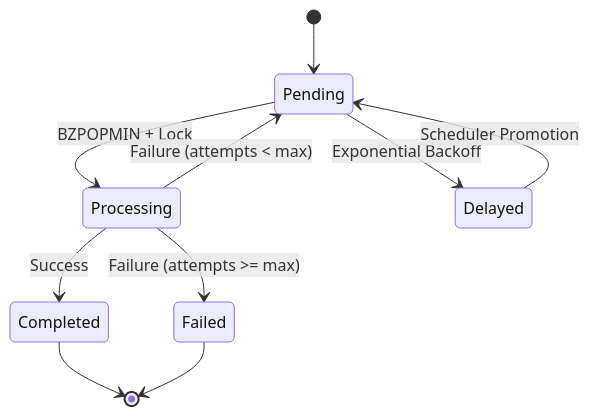
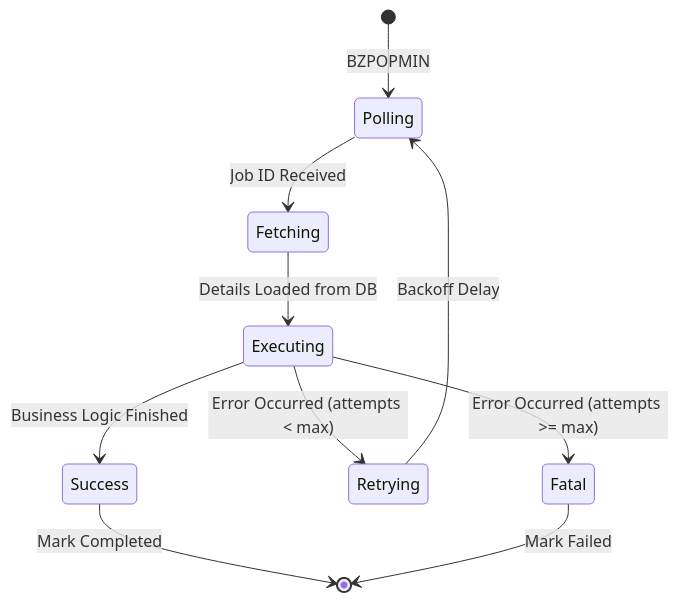
One commit to PM2110/pulsar changed the second of 2 diagrams in docs/worker-system.md. Above: the diagram before and after it, drawn with Mermaid. The commit also changed other lines of this file and 7 other files, not shown here.

````diff
--- a/docs/worker-system.md
+++ b/docs/worker-system.md
@@ -19,12 +30,13 @@
 ```mermaid
 stateDiagram-v2
-    [*] --> Pending
-    Pending --> Processing: BZPOPMIN + Lock
-    Processing --> Completed: Success
-    Processing --> Pending: Failure (attempts < max)
-    Pending --> Delayed: Exponential Backoff
-    Delayed --> Pending: Scheduler Promotion
-    Processing --> Failed: Failure (attempts >= max)
-    Completed --> [*]
-    Failed --> [*]
+    [*] --> Polling: BZPOPMIN
+    Polling --> Fetching: Job ID Received
+    Fetching --> Executing: Details Loaded from DB
+    Executing --> Success: Business Logic Finished
+    Executing --> Retrying: Error Occurred (attempts < max)
+    Executing --> Fatal: Error Occurred (attempts >= max)
+    
+    Success --> [*]: Mark Completed
+    Retrying --> Polling: Backoff Delay
+    Fatal --> [*]: Mark Failed
 ```
````
